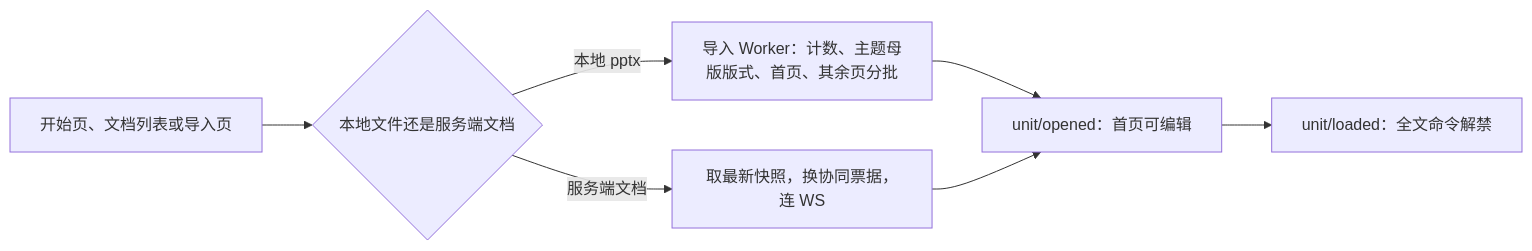
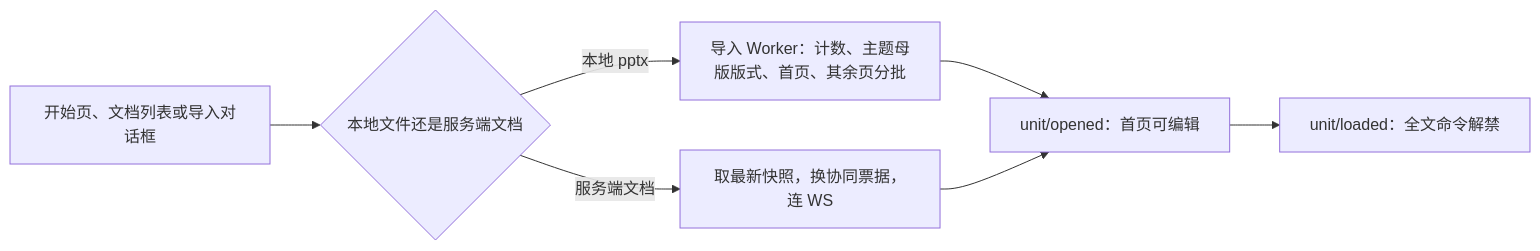
One commit to Xeonice/cordis-ppt-editor changed diagram 32 of 35 in docs/50-frontend/18-editor-capabilities.md. Above: the diagram before and after it, drawn with Mermaid. The commit also changed other lines of this file and 25 other files, not shown here.

````diff
--- a/docs/50-frontend/18-editor-capabilities.md
+++ b/docs/50-frontend/18-editor-capabilities.md
@@ -1376,9 +1404,9 @@
 ```mermaid
 flowchart LR
-  entry["开始页、文档列表或导入页"] --> kind{"本地文件还是服务端文档"}
+  entry["开始页、文档列表或导入对话框"] --> kind{"本地文件还是服务端文档"}
   kind -->|"本地 pptx"| worker["导入 Worker：计数、主题母版版式、首页、其余页分批"]
   kind -->|"服务端文档"| snap["取最新快照，换协同票据，连 WS"]
   worker --> opened["unit/opened：首页可编辑"]
   snap --> opened
   opened --> loaded["unit/loaded：全文命令解禁"]
 ```
````
